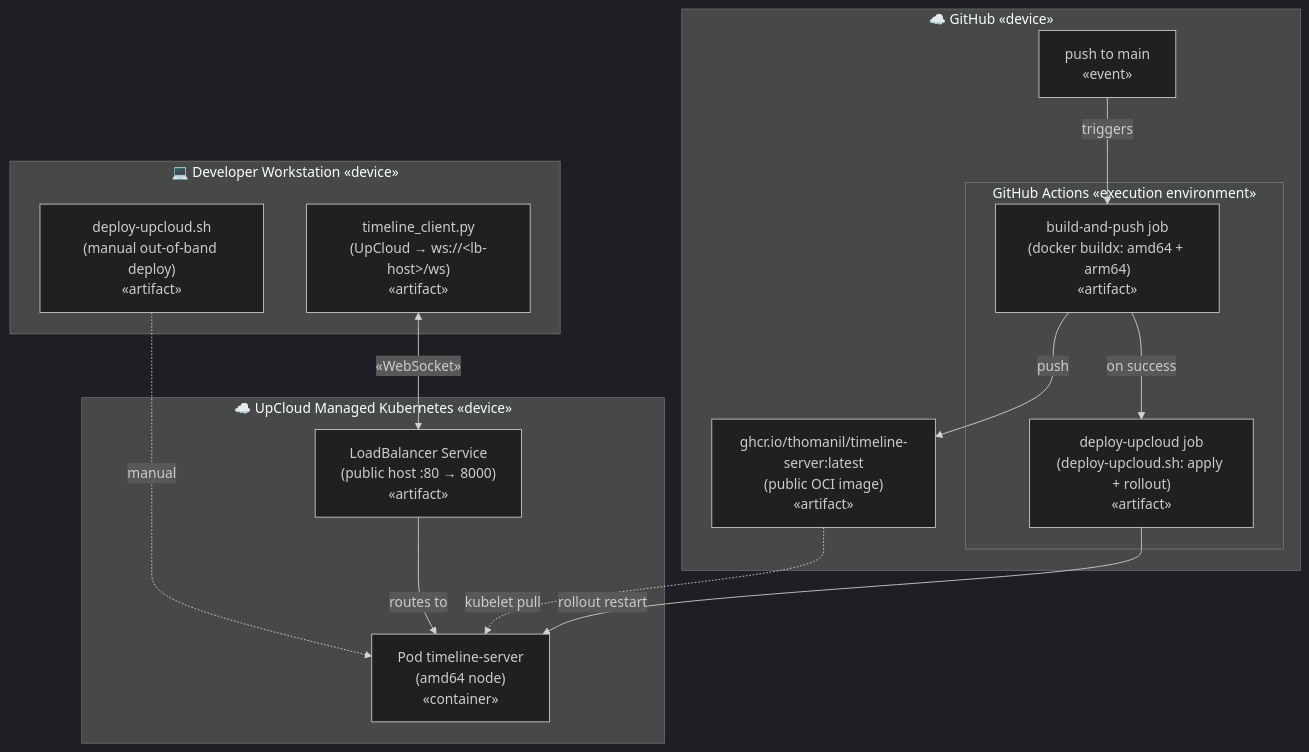
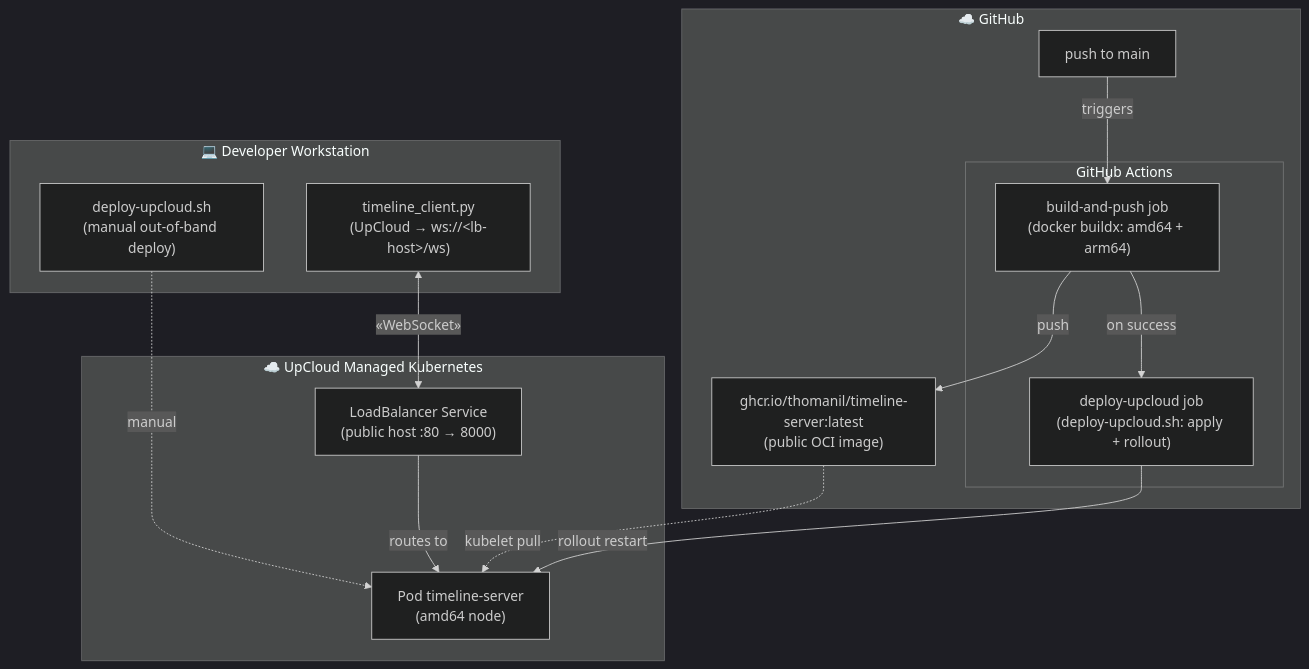
The sixth of 6 diagrams in README.md (thomanil/tech-sandbox), drawn with Mermaid (dark theme) before and after one commit. The commit also changed other lines of this file, not shown here.

````diff
--- a/README.md
+++ b/README.md
@@ -382,30 +382,30 @@
 ```mermaid
 flowchart TB
-  subgraph gh["☁️ GitHub &laquo;device&raquo;"]
-    repo["push to main<br/>&laquo;event&raquo;"]
-    subgraph actions["GitHub Actions &laquo;execution environment&raquo;"]
-      build["build-and-push job<br/>(docker buildx: amd64 + arm64)<br/>&laquo;artifact&raquo;"]
-      deploy["deploy-upcloud job<br/>(deploy-upcloud.sh: apply + rollout)<br/>&laquo;artifact&raquo;"]
+  subgraph gh["☁️ GitHub"]
+    repo["push to main"]
+    subgraph actions["GitHub Actions"]
+      build["build-and-push job<br/>(docker buildx: amd64 + arm64)"]
+      deploy["deploy-upcloud job<br/>(deploy-upcloud.sh: apply + rollout)"]
     end
-    ghcr["ghcr.io/thomanil/timeline-server:latest<br/>(public OCI image)<br/>&laquo;artifact&raquo;"]
+    ghcr["ghcr.io/thomanil/timeline-server:latest<br/>(public OCI image)"]
   end
 
-  subgraph dev2["💻 Developer Workstation &laquo;device&raquo;"]
-    script["deploy-upcloud.sh<br/>(manual out-of-band deploy)<br/>&laquo;artifact&raquo;"]
-    client["timeline_client.py<br/>(UpCloud → ws://&lt;lb-host&gt;/ws)<br/>&laquo;artifact&raquo;"]
+  subgraph dev2["💻 Developer Workstation"]
+    script["deploy-upcloud.sh<br/>(manual out-of-band deploy)"]
+    client["timeline_client.py<br/>(UpCloud → ws://&lt;lb-host&gt;/ws)"]
   end
 
-  subgraph upcloud["☁️ UpCloud Managed Kubernetes &laquo;device&raquo;"]
-    lb["LoadBalancer Service<br/>(public host :80 → 8000)<br/>&laquo;artifact&raquo;"]
-    pod["Pod timeline-server<br/>(amd64 node)<br/>&laquo;container&raquo;"]
+  subgraph upcloud["☁️ UpCloud Managed Kubernetes"]
+    lb["LoadBalancer Service<br/>(public host :80 → 8000)"]
+    pod["Pod timeline-server<br/>(amd64 node)"]
   end
 
   repo -->|triggers| build
   build -->|push| ghcr
   build -->|on success| deploy
   deploy -->|rollout restart| pod
   script -.->|manual| pod
   ghcr -.->|kubelet pull| pod
   client <-->|"&laquo;WebSocket&raquo;"| lb
   lb -->|routes to| pod
 ```
````
